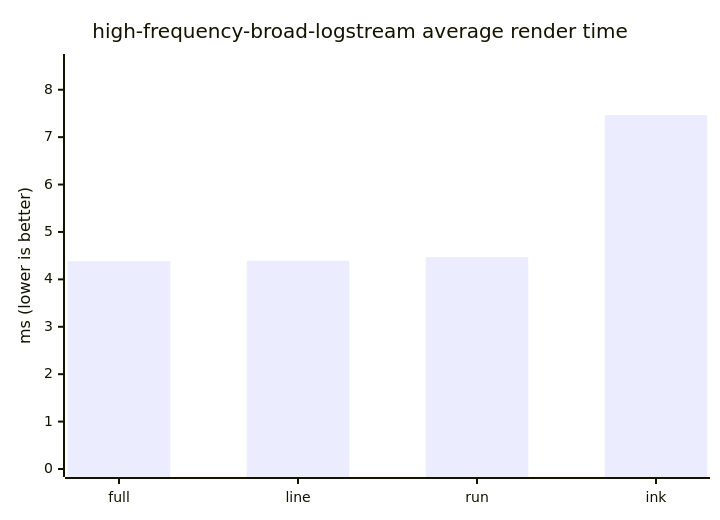
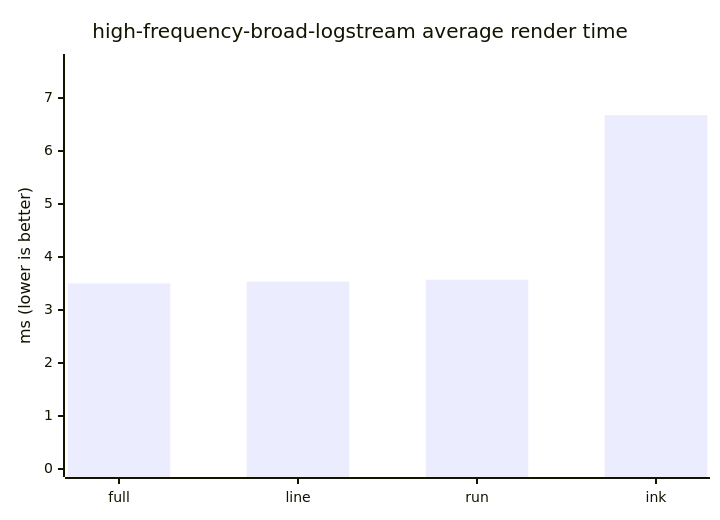
The seventh of 10 diagrams in docs/benchmark.md (ByteLandTechnology/tinky), drawn with Mermaid before and after one commit. The commit also changed other lines of this file and 7 other files, not shown here.

````diff
--- a/docs/benchmark.md
+++ b/docs/benchmark.md
@@ -133,7 +133,7 @@
 ```mermaid
 xychart-beta
     title "high-frequency-broad-logstream average render time"
     x-axis ["full", "line", "run", "ink"]
-    y-axis "ms (lower is better)" 0 --> 8.585
-    bar [4.384, 4.394, 4.47, 7.466]
+    y-axis "ms (lower is better)" 0 --> 7.68
+    bar [3.503, 3.537, 3.572, 6.678]
 ```
````
